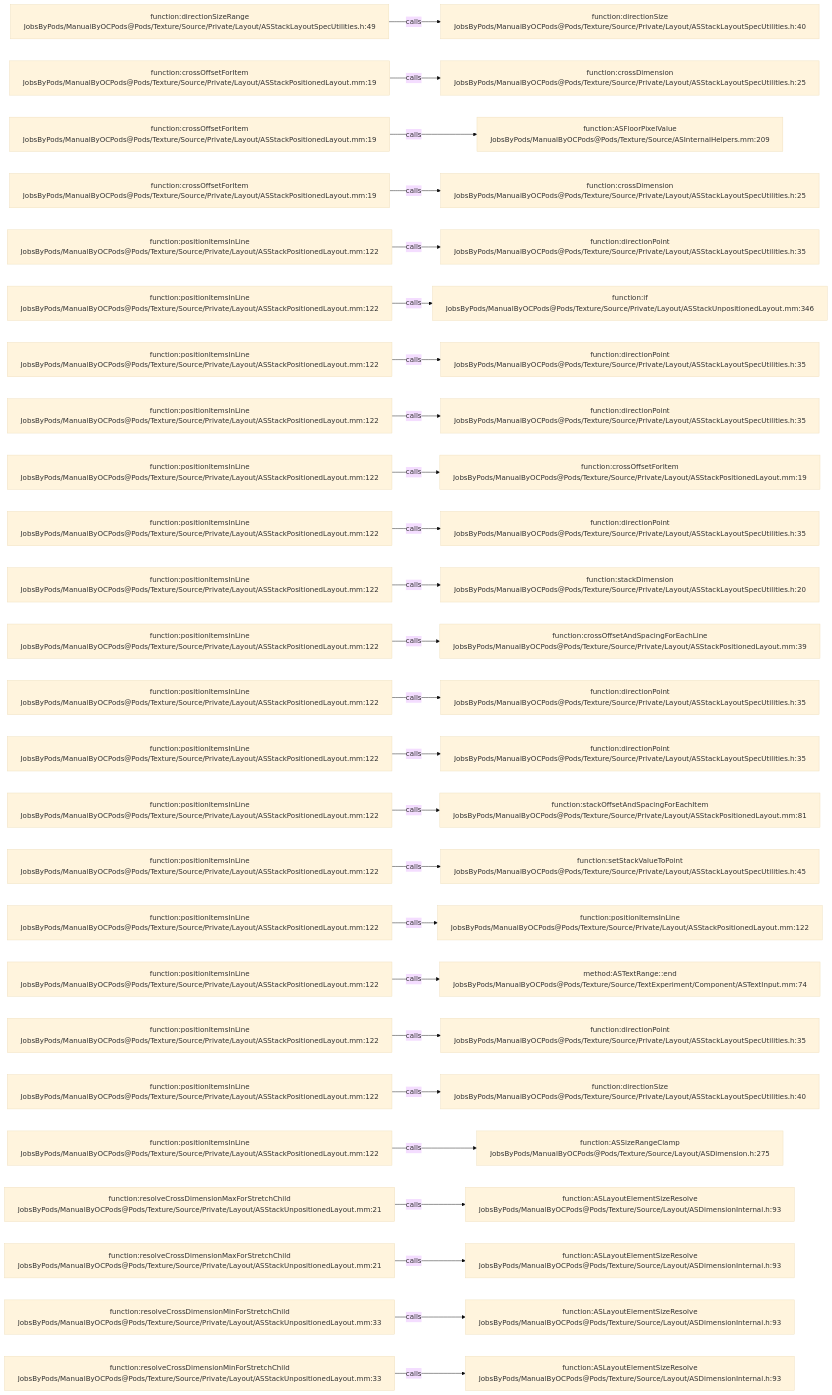
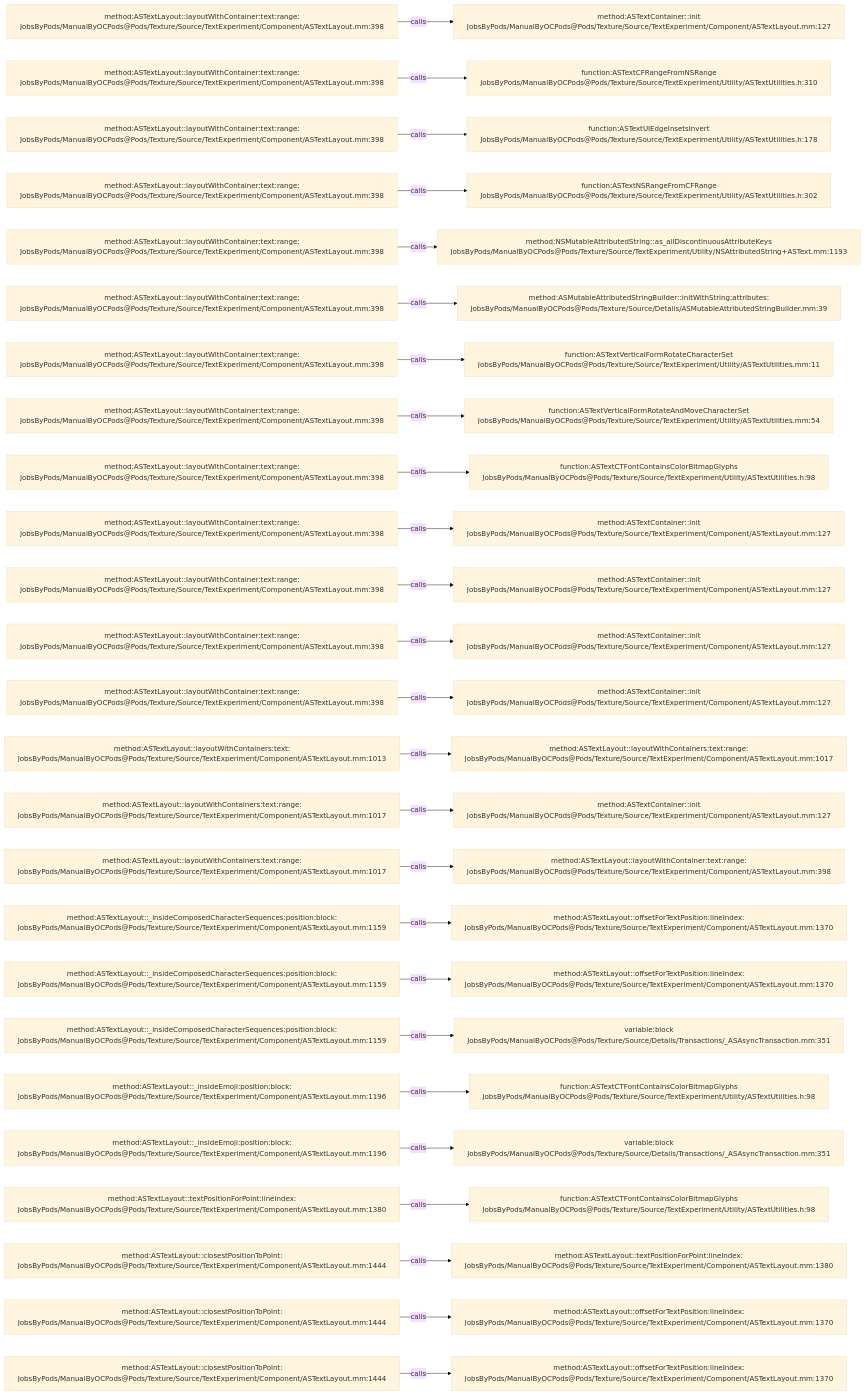
The diagram in .codegraph/codegraph.md/graphs/calls-185.md (JobsKits/JobsOCBaseConfigDemo), drawn with Mermaid (base theme) before and after one commit. The commit also changed 2723 other files, not shown here.

````diff
--- a/.codegraph/codegraph.md/graphs/calls-185.md
+++ b/.codegraph/codegraph.md/graphs/calls-185.md
@@ -13,78 +13,78 @@
 ```mermaid
 flowchart LR
-  S1["function:directionSizeRange<br/>JobsByPods/ManualByOCPods@Pods/Texture/Source/Private/Layout/ASStackLayoutSpecUtilities.h:49"]
-  T1["function:directionSize<br/>JobsByPods/ManualByOCPods@Pods/Texture/Source/Private/Layout/ASStackLayoutSpecUtilities.h:40"]
+  S1["method:ASTextLayout::layoutWithContainer:text:range:<br/>JobsByPods/ManualByOCPods@Pods/Texture/Source/TextExperiment/Component/ASTextLayout.mm:398"]
+  T1["method:ASTextContainer::init<br/>JobsByPods/ManualByOCPods@Pods/Texture/Source/TextExperiment/Component/ASTextLayout.mm:127"]
   S1 -->|calls| T1
-  S2["function:crossOffsetForItem<br/>JobsByPods/ManualByOCPods@Pods/Texture/Source/Private/Layout/ASStackPositionedLayout.mm:19"]
-  T2["function:crossDimension<br/>JobsByPods/ManualByOCPods@Pods/Texture/Source/Private/Layout/ASStackLayoutSpecUtilities.h:25"]
+  S2["method:ASTextLayout::layoutWithContainer:text:range:<br/>JobsByPods/ManualByOCPods@Pods/Texture/Source/TextExperiment/Component/ASTextLayout.mm:398"]
+  T2["function:ASTextCFRangeFromNSRange<br/>JobsByPods/ManualByOCPods@Pods/Texture/Source/TextExperiment/Utility/ASTextUtilities.h:310"]
   S2 -->|calls| T2
-  S3["function:crossOffsetForItem<br/>JobsByPods/ManualByOCPods@Pods/Texture/Source/Private/Layout/ASStackPositionedLayout.mm:19"]
-  T3["function:ASFloorPixelValue<br/>JobsByPods/ManualByOCPods@Pods/Texture/Source/ASInternalHelpers.mm:209"]
+  S3["method:ASTextLayout::layoutWithContainer:text:range:<br/>JobsByPods/ManualByOCPods@Pods/Texture/Source/TextExperiment/Component/ASTextLayout.mm:398"]
+  T3["function:ASTextUIEdgeInsetsInvert<br/>JobsByPods/ManualByOCPods@Pods/Texture/Source/TextExperiment/Utility/ASTextUtilities.h:178"]
   S3 -->|calls| T3
-  S4["function:crossOffsetForItem<br/>JobsByPods/ManualByOCPods@Pods/Texture/Source/Private/Layout/ASStackPositionedLayout.mm:19"]
-  T4["function:crossDimension<br/>JobsByPods/ManualByOCPods@Pods/Texture/Source/Private/Layout/ASStackLayoutSpecUtilities.h:25"]
+  S4["method:ASTextLayout::layoutWithContainer:text:range:<br/>JobsByPods/ManualByOCPods@Pods/Texture/Source/TextExperiment/Component/ASTextLayout.mm:398"]
+  T4["function:ASTextNSRangeFromCFRange<br/>JobsByPods/ManualByOCPods@Pods/Texture/Source/TextExperiment/Utility/ASTextUtilities.h:302"]
   S4 -->|calls| T4
-  S5["function:positionItemsInLine<br/>JobsByPods/ManualByOCPods@Pods/Texture/Source/Private/Layout/ASStackPositionedLayout.mm:122"]
-  T5["function:directionPoint<br/>JobsByPods/ManualByOCPods@Pods/Texture/Source/Private/Layout/ASStackLayoutSpecUtilities.h:35"]
+  S5["method:ASTextLayout::layoutWithContainer:text:range:<br/>JobsByPods/ManualByOCPods@Pods/Texture/Source/TextExperiment/Component/ASTextLayout.mm:398"]
+  T5["method:NSMutableAttributedString::as_allDiscontinuousAttributeKeys<br/>JobsByPods/ManualByOCPods@Pods/Texture/Source/TextExperiment/Utility/NSAttributedString+ASText.mm:1193"]
   S5 -->|calls| T5
-  S6["function:positionItemsInLine<br/>JobsByPods/ManualByOCPods@Pods/Texture/Source/Private/Layout/ASStackPositionedLayout.mm:122"]
-  T6["function:if<br/>JobsByPods/ManualByOCPods@Pods/Texture/Source/Private/Layout/ASStackUnpositionedLayout.mm:346"]
+  S6["method:ASTextLayout::layoutWithContainer:text:range:<br/>JobsByPods/ManualByOCPods@Pods/Texture/Source/TextExperiment/Component/ASTextLayout.mm:398"]
+  T6["method:ASMutableAttributedStringBuilder::initWithString:attributes:<br/>JobsByPods/ManualByOCPods@Pods/Texture/Source/Details/ASMutableAttributedStringBuilder.mm:39"]
   S6 -->|calls| T6
-  S7["function:positionItemsInLine<br/>JobsByPods/ManualByOCPods@Pods/Texture/Source/Private/Layout/ASStackPositionedLayout.mm:122"]
-  T7["function:directionPoint<br/>JobsByPods/ManualByOCPods@Pods/Texture/Source/Private/Layout/ASStackLayoutSpecUtilities.h:35"]
+  S7["method:ASTextLayout::layoutWithContainer:text:range:<br/>JobsByPods/ManualByOCPods@Pods/Texture/Source/TextExperiment/Component/ASTextLayout.mm:398"]
+  T7["function:ASTextVerticalFormRotateCharacterSet<br/>JobsByPods/ManualByOCPods@Pods/Texture/Source/TextExperiment/Utility/ASTextUtilities.mm:11"]
   S7 -->|calls| T7
-  S8["function:positionItemsInLine<br/>JobsByPods/ManualByOCPods@Pods/Texture/Source/Private/Layout/ASStackPositionedLayout.mm:122"]
-  T8["function:directionPoint<br/>JobsByPods/ManualByOCPods@Pods/Texture/Source/Private/Layout/ASStackLayoutSpecUtilities.h:35"]
+  S8["method:ASTextLayout::layoutWithContainer:text:range:<br/>JobsByPods/ManualByOCPods@Pods/Texture/Source/TextExperiment/Component/ASTextLayout.mm:398"]
+  T8["function:ASTextVerticalFormRotateAndMoveCharacterSet<br/>JobsByPods/ManualByOCPods@Pods/Texture/Source/TextExperiment/Utility/ASTextUtilities.mm:54"]
   S8 -->|calls| T8
-  S9["function:positionItemsInLine<br/>JobsByPods/ManualByOCPods@Pods/Texture/Source/Private/Layout/ASStackPositionedLayout.mm:122"]
-  T9["function:crossOffsetForItem<br/>JobsByPods/ManualByOCPods@Pods/Texture/Source/Private/Layout/ASStackPositionedLayout.mm:19"]
+  S9["method:ASTextLayout::layoutWithContainer:text:range:<br/>JobsByPods/ManualByOCPods@Pods/Texture/Source/TextExperiment/Component/ASTextLayout.mm:398"]
+  T9["function:ASTextCTFontContainsColorBitmapGlyphs<br/>JobsByPods/ManualByOCPods@Pods/Texture/Source/TextExperiment/Utility/ASTextUtilities.h:98"]
   S9 -->|calls| T9
-  S10["function:positionItemsInLine<br/>JobsByPods/ManualByOCPods@Pods/Texture/Source/Private/Layout/ASStackPositionedLayout.mm:122"]
-  T10["function:directionPoint<br/>JobsByPods/ManualByOCPods@Pods/Texture/Source/Private/Layout/ASStackLayoutSpecUtilities.h:35"]
+  S10["method:ASTextLayout::layoutWithContainer:text:range:<br/>JobsByPods/ManualByOCPods@Pods/Texture/Source/TextExperiment/Component/ASTextLayout.mm:398"]
+  T10["method:ASTextContainer::init<br/>JobsByPods/ManualByOCPods@Pods/Texture/Source/TextExperiment/Component/ASTextLayout.mm:127"]
   S10 -->|calls| T10
-  S11["function:positionItemsInLine<br/>JobsByPods/ManualByOCPods@Pods/Texture/Source/Private/Layout/ASStackPositionedLayout.mm:122"]
-  T11["function:stackDimension<br/>JobsByPods/ManualByOCPods@Pods/Texture/Source/Private/Layout/ASStackLayoutSpecUtilities.h:20"]
+  S11["method:ASTextLayout::layoutWithContainer:text:range:<br/>JobsByPods/ManualByOCPods@Pods/Texture/Source/TextExperiment/Component/ASTextLayout.mm:398"]
+  T11["method:ASTextContainer::init<br/>JobsByPods/ManualByOCPods@Pods/Texture/Source/TextExperiment/Component/ASTextLayout.mm:127"]
   S11 -->|calls| T11
-  S12["function:positionItemsInLine<br/>JobsByPods/ManualByOCPods@Pods/Texture/Source/Private/Layout/ASStackPositionedLayout.mm:122"]
-  T12["function:crossOffsetAndSpacingForEachLine<br/>JobsByPods/ManualByOCPods@Pods/Texture/Source/Private/Layout/ASStackPositionedLayout.mm:39"]
+  S12["method:ASTextLayout::layoutWithContainer:text:range:<br/>JobsByPods/ManualByOCPods@Pods/Texture/Source/TextExperiment/Component/ASTextLayout.mm:398"]
+  T12["method:ASTextContainer::init<br/>JobsByPods/ManualByOCPods@Pods/Texture/Source/TextExperiment/Component/ASTextLayout.mm:127"]
   S12 -->|calls| T12
-  S13["function:positionItemsInLine<br/>JobsByPods/ManualByOCPods@Pods/Texture/Source/Private/Layout/ASStackPositionedLayout.mm:122"]
-  T13["function:directionPoint<br/>JobsByPods/ManualByOCPods@Pods/Texture/Source/Private/Layout/ASStackLayoutSpecUtilities.h:35"]
+  S13["method:ASTextLayout::layoutWithContainer:text:range:<br/>JobsByPods/ManualByOCPods@Pods/Texture/Source/TextExperiment/Component/ASTextLayout.mm:398"]
+  T13["method:ASTextContainer::init<br/>JobsByPods/ManualByOCPods@Pods/Texture/Source/TextExperiment/Component/ASTextLayout.mm:127"]
   S13 -->|calls| T13
-  S14["function:positionItemsInLine<br/>JobsByPods/ManualByOCPods@Pods/Texture/Source/Private/Layout/ASStackPositionedLayout.mm:122"]
-  T14["function:directionPoint<br/>JobsByPods/ManualByOCPods@Pods/Texture/Source/Private/Layout/ASStackLayoutSpecUtilities.h:35"]
+  S14["method:ASTextLayout::layoutWithContainers:text:<br/>JobsByPods/ManualByOCPods@Pods/Texture/Source/TextExperiment/Component/ASTextLayout.mm:1013"]
+  T14["method:ASTextLayout::layoutWithContainers:text:range:<br/>JobsByPods/ManualByOCPods@Pods/Texture/Source/TextExperiment/Component/ASTextLayout.mm:1017"]
   S14 -->|calls| T14
-  S15["function:positionItemsInLine<br/>JobsByPods/ManualByOCPods@Pods/Texture/Source/Private/Layout/ASStackPositionedLayout.mm:122"]
-  T15["function:stackOffsetAndSpacingForEachItem<br/>JobsByPods/ManualByOCPods@Pods/Texture/Source/Private/Layout/ASStackPositionedLayout.mm:81"]
+  S15["method:ASTextLayout::layoutWithContainers:text:range:<br/>JobsByPods/ManualByOCPods@Pods/Texture/Source/TextExperiment/Component/ASTextLayout.mm:1017"]
+  T15["method:ASTextContainer::init<br/>JobsByPods/ManualByOCPods@Pods/Texture/Source/TextExperiment/Component/ASTextLayout.mm:127"]
   S15 -->|calls| T15
-  S16["function:positionItemsInLine<br/>JobsByPods/ManualByOCPods@Pods/Texture/Source/Private/Layout/ASStackPositionedLayout.mm:122"]
-  T16["function:setStackValueToPoint<br/>JobsByPods/ManualByOCPods@Pods/Texture/Source/Private/Layout/ASStackLayoutSpecUtilities.h:45"]
+  S16["method:ASTextLayout::layoutWithContainers:text:range:<br/>JobsByPods/ManualByOCPods@Pods/Texture/Source/TextExperiment/Component/ASTextLayout.mm:1017"]
+  T16["method:ASTextLayout::layoutWithContainer:text:range:<br/>JobsByPods/ManualByOCPods@Pods/Texture/Source/TextExperiment/Component/ASTextLayout.mm:398"]
   S16 -->|calls| T16
-  S17["function:positionItemsInLine<br/>JobsByPods/ManualByOCPods@Pods/Texture/Source/Private/Layout/ASStackPositionedLayout.mm:122"]
-  T17["function:positionItemsInLine<br/>JobsByPods/ManualByOCPods@Pods/Texture/Source/Private/Layout/ASStackPositionedLayout.mm:122"]
+  S17["method:ASTextLayout::_insideComposedCharacterSequences:position:block:<br/>JobsByPods/ManualByOCPods@Pods/Texture/Source/TextExperiment/Component/ASTextLayout.mm:1159"]
+  T17["method:ASTextLayout::offsetForTextPosition:lineIndex:<br/>JobsByPods/ManualByOCPods@Pods/Texture/Source/TextExperiment/Component/ASTextLayout.mm:1370"]
   S17 -->|calls| T17
-  S18["function:positionItemsInLine<br/>JobsByPods/ManualByOCPods@Pods/Texture/Source/Private/Layout/ASStackPositionedLayout.mm:122"]
-  T18["method:ASTextRange::end<br/>JobsByPods/ManualByOCPods@Pods/Texture/Source/TextExperiment/Component/ASTextInput.mm:74"]
+  S18["method:ASTextLayout::_insideComposedCharacterSequences:position:block:<br/>JobsByPods/ManualByOCPods@Pods/Texture/Source/TextExperiment/Component/ASTextLayout.mm:1159"]
+  T18["method:ASTextLayout::offsetForTextPosition:lineIndex:<br/>JobsByPods/ManualByOCPods@Pods/Texture/Source/TextExperiment/Component/ASTextLayout.mm:1370"]
   S18 -->|calls| T18
-  S19["function:positionItemsInLine<br/>JobsByPods/ManualByOCPods@Pods/Texture/Source/Private/Layout/ASStackPositionedLayout.mm:122"]
-  T19["function:directionPoint<br/>JobsByPods/ManualByOCPods@Pods/Texture/Source/Private/Layout/ASStackLayoutSpecUtilities.h:35"]
+  S19["method:ASTextLayout::_insideComposedCharacterSequences:position:block:<br/>JobsByPods/ManualByOCPods@Pods/Texture/Source/TextExperiment/Component/ASTextLayout.mm:1159"]
+  T19["variable:block<br/>JobsByPods/ManualByOCPods@Pods/Texture/Source/Details/Transactions/_ASAsyncTransaction.mm:351"]
   S19 -->|calls| T19
-  S20["function:positionItemsInLine<br/>JobsByPods/ManualByOCPods@Pods/Texture/Source/Private/Layout/ASStackPositionedLayout.mm:122"]
-  T20["function:directionSize<br/>JobsByPods/ManualByOCPods@Pods/Texture/Source/Private/Layout/ASStackLayoutSpecUtilities.h:40"]
+  S20["method:ASTextLayout::_insideEmoji:position:block:<br/>JobsByPods/ManualByOCPods@Pods/Texture/Source/TextExperiment/Component/ASTextLayout.mm:1196"]
+  T20["function:ASTextCTFontContainsColorBitmapGlyphs<br/>JobsByPods/ManualByOCPods@Pods/Texture/Source/TextExperiment/Utility/ASTextUtilities.h:98"]
   S20 -->|calls| T20
-  S21["function:positionItemsInLine<br/>JobsByPods/ManualByOCPods@Pods/Texture/Source/Private/Layout/ASStackPositionedLayout.mm:122"]
-  T21["function:ASSizeRangeClamp<br/>JobsByPods/ManualByOCPods@Pods/Texture/Source/Layout/ASDimension.h:275"]
+  S21["method:ASTextLayout::_insideEmoji:position:block:<br/>JobsByPods/ManualByOCPods@Pods/Texture/Source/TextExperiment/Component/ASTextLayout.mm:1196"]
+  T21["variable:block<br/>JobsByPods/ManualByOCPods@Pods/Texture/Source/Details/Transactions/_ASAsyncTransaction.mm:351"]
   S21 -->|calls| T21
-  S22["function:resolveCrossDimensionMaxForStretchChild<br/>JobsByPods/ManualByOCPods@Pods/Texture/Source/Private/Layout/ASStackUnpositionedLayout.mm:21"]
-  T22["function:ASLayoutElementSizeResolve<br/>JobsByPods/ManualByOCPods@Pods/Texture/Source/Layout/ASDimensionInternal.h:93"]
+  S22["method:ASTextLayout::textPositionForPoint:lineIndex:<br/>JobsByPods/ManualByOCPods@Pods/Texture/Source/TextExperiment/Component/ASTextLayout.mm:1380"]
+  T22["function:ASTextCTFontContainsColorBitmapGlyphs<br/>JobsByPods/ManualByOCPods@Pods/Texture/Source/TextExperiment/Utility/ASTextUtilities.h:98"]
   S22 -->|calls| T22
-  S23["function:resolveCrossDimensionMaxForStretchChild<br/>JobsByPods/ManualByOCPods@Pods/Texture/Source/Private/Layout/ASStackUnpositionedLayout.mm:21"]
-  T23["function:ASLayoutElementSizeResolve<br/>JobsByPods/ManualByOCPods@Pods/Texture/Source/Layout/ASDimensionInternal.h:93"]
+  S23["method:ASTextLayout::closestPositionToPoint:<br/>JobsByPods/ManualByOCPods@Pods/Texture/Source/TextExperiment/Component/ASTextLayout.mm:1444"]
+  T23["method:ASTextLayout::textPositionForPoint:lineIndex:<br/>JobsByPods/ManualByOCPods@Pods/Texture/Source/TextExperiment/Component/ASTextLayout.mm:1380"]
   S23 -->|calls| T23
-  S24["function:resolveCrossDimensionMinForStretchChild<br/>JobsByPods/ManualByOCPods@Pods/Texture/Source/Private/Layout/ASStackUnpositionedLayout.mm:33"]
-  T24["function:ASLayoutElementSizeResolve<br/>JobsByPods/ManualByOCPods@Pods/Texture/Source/Layout/ASDimensionInternal.h:93"]
+  S24["method:ASTextLayout::closestPositionToPoint:<br/>JobsByPods/ManualByOCPods@Pods/Texture/Source/TextExperiment/Component/ASTextLayout.mm:1444"]
+  T24["method:ASTextLayout::offsetForTextPosition:lineIndex:<br/>JobsByPods/ManualByOCPods@Pods/Texture/Source/TextExperiment/Component/ASTextLayout.mm:1370"]
   S24 -->|calls| T24
-  S25["function:resolveCrossDimensionMinForStretchChild<br/>JobsByPods/ManualByOCPods@Pods/Texture/Source/Private/Layout/ASStackUnpositionedLayout.mm:33"]
-  T25["function:ASLayoutElementSizeResolve<br/>JobsByPods/ManualByOCPods@Pods/Texture/Source/Layout/ASDimensionInternal.h:93"]
+  S25["method:ASTextLayout::closestPositionToPoint:<br/>JobsByPods/ManualByOCPods@Pods/Texture/Source/TextExperiment/Component/ASTextLayout.mm:1444"]
+  T25["method:ASTextLayout::offsetForTextPosition:lineIndex:<br/>JobsByPods/ManualByOCPods@Pods/Texture/Source/TextExperiment/Component/ASTextLayout.mm:1370"]
   S25 -->|calls| T25
 ```
````
